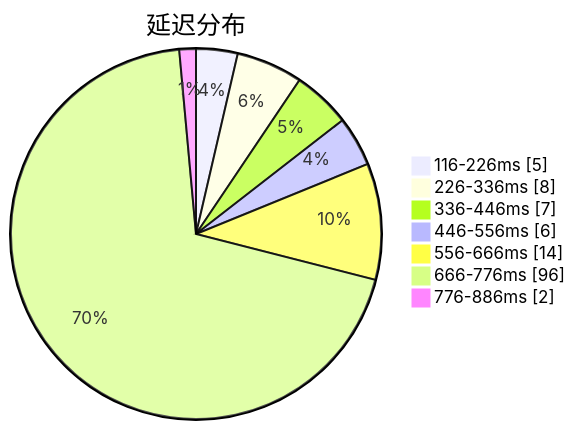
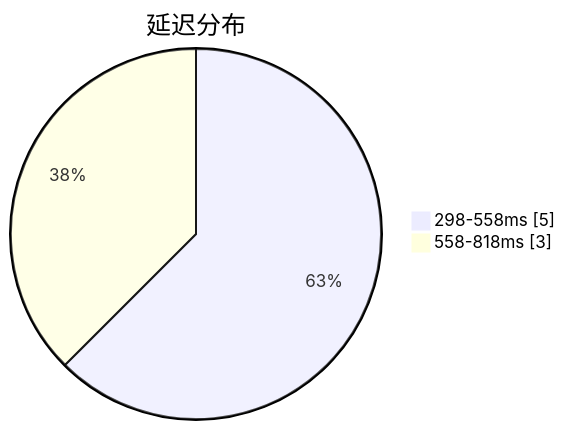
Before and after one commit to sinspired/airport: the first of 3 diagrams in subs/statistics/tested_within.md, drawn with Mermaid. The commit also changed other lines of this file and 2 other files, not shown here.

````diff
--- a/subs/statistics/tested_within.md
+++ b/subs/statistics/tested_within.md
@@ -2,11 +2,6 @@
 ```mermaid
 pie showData
 title 延迟分布
-"116-226ms" : 5
-"226-336ms" : 8
-"336-446ms" : 7
-"446-556ms" : 6
-"556-666ms" : 14
-"666-776ms" : 96
-"776-886ms" : 2
+"298-558ms" : 5
+"558-818ms" : 3
 ```
````
